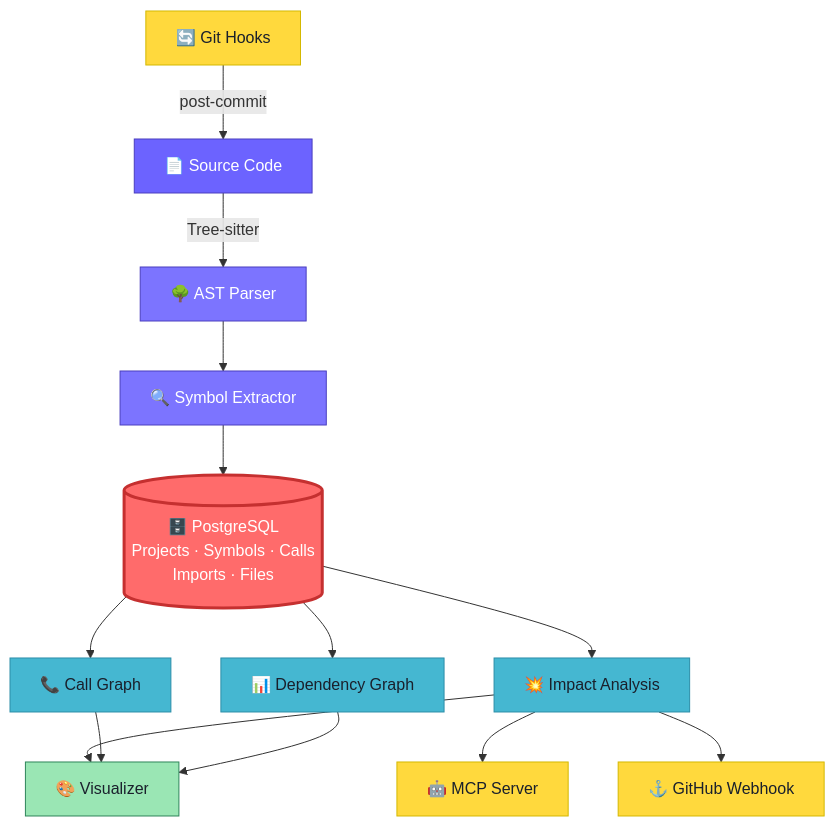
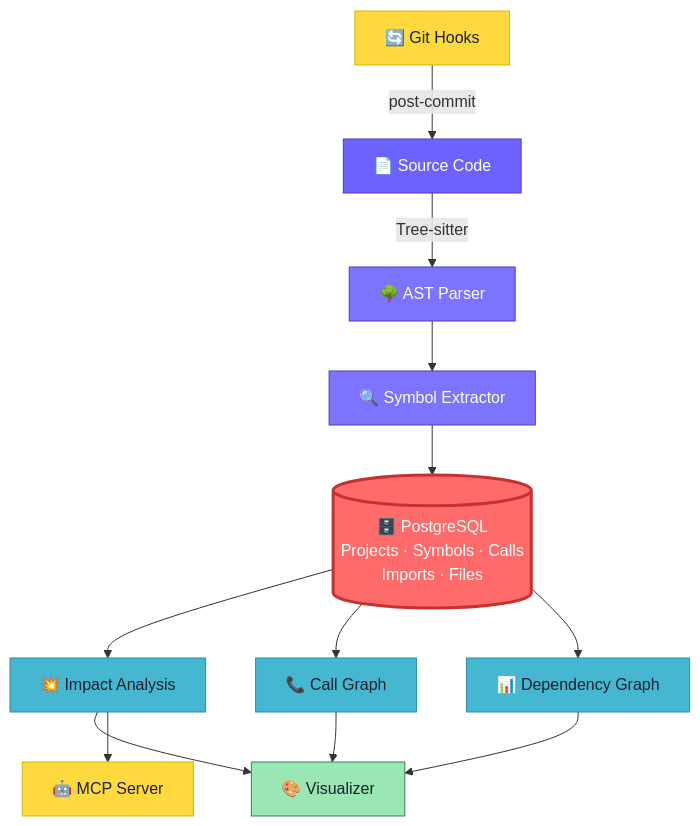
One commit to RajX-dev/CODESEER-MAIN changed the first of 4 diagrams in README.md. Above: the diagram before and after it, drawn with Mermaid. The commit also changed other lines of this file and 1 other file, not shown here.

Commit message:
Restrict webhook integration to SaaS mode and update README

````diff
--- a/README.md
+++ b/README.md
@@ -102,31 +102,29 @@
 ```mermaid
 graph TD
     A["📄 Source Code"] -->|Tree-sitter| B["🌳 AST Parser"]
     B --> C["🔍 Symbol Extractor"]
     D["🔄 Git Hooks"] -->|post-commit| A
 
     C --> E[("🗄️ PostgreSQL<br/>Projects · Symbols · Calls<br/>Imports · Files")]
 
     E --> F["💥 Impact Analysis"]
     E --> G["📞 Call Graph"]
     E --> H["📊 Dependency Graph"]
 
     F --> I["🎨 Visualizer"]
     G --> I
     H --> I
 
     F --> J["🤖 MCP Server"]
-    F --> K["⚓ GitHub Webhook"]
 
     style A fill:#6c63ff,stroke:#4a3fbf,color:#fff
     style B fill:#7c74ff,stroke:#4a3fbf,color:#fff
     style C fill:#7c74ff,stroke:#4a3fbf,color:#fff
     style D fill:#ffd93d,stroke:#d4b800,color:#1a202c
     style E fill:#ff6b6b,stroke:#c53030,color:#fff,stroke-width:3px
     style F fill:#45b7d1,stroke:#2c8ea8,color:#1a202c
     style G fill:#45b7d1,stroke:#2c8ea8,color:#1a202c
     style H fill:#45b7d1,stroke:#2c8ea8,color:#1a202c
     style I fill:#9ae6b4,stroke:#2f855a,color:#1a202c
     style J fill:#ffd93d,stroke:#d4b800,color:#1a202c
-    style K fill:#ffd93d,stroke:#d4b800,color:#1a202c
 ```
````
